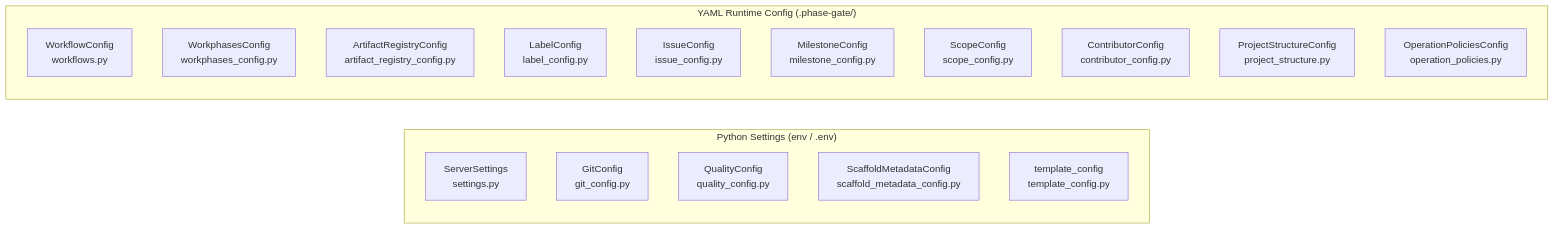
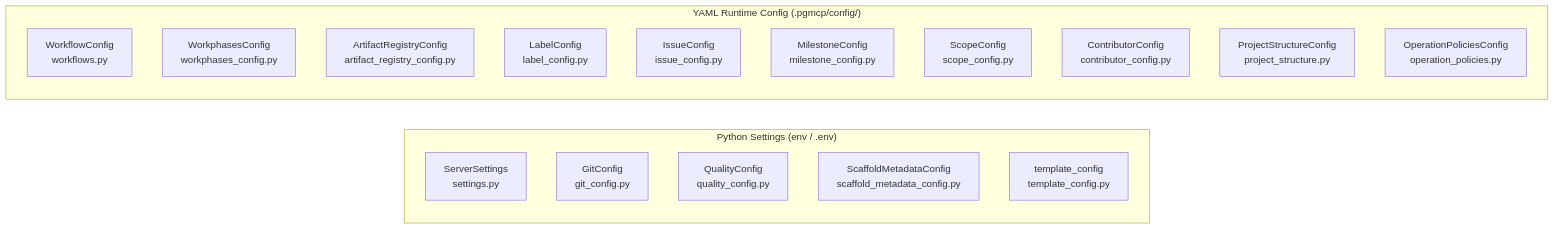
One commit to MikeyVK/phase-gate-mcp changed the diagram in docs/manuals/architectural_diagrams/10_config_consumers.md. Above: the diagram before and after it, drawn with Mermaid. The commit also changed other lines of this file and 15 other files, not shown here.

````diff
--- a/docs/manuals/architectural_diagrams/10_config_consumers.md
+++ b/docs/manuals/architectural_diagrams/10_config_consumers.md
@@ -28,23 +28,23 @@
 ```mermaid
 graph LR
     subgraph Python["Python Settings (env / .env)"]
         SS["ServerSettings<br/>settings.py"]
         GC["GitConfig<br/>git_config.py"]
         QC["QualityConfig<br/>quality_config.py"]
         SMC["ScaffoldMetadataConfig<br/>scaffold_metadata_config.py"]
         TC["template_config<br/>template_config.py"]
     end
 
-    subgraph YAML["YAML Runtime Config (.phase-gate/)"]
+    subgraph YAML["YAML Runtime Config (.pgmcp/config/)"]
         WC["WorkflowConfig<br/>workflows.py"]
         WPC["WorkphasesConfig<br/>workphases_config.py"]
         ARC["ArtifactRegistryConfig<br/>artifact_registry_config.py"]
         LC["LabelConfig<br/>label_config.py"]
         IC["IssueConfig<br/>issue_config.py"]
         MC["MilestoneConfig<br/>milestone_config.py"]
         SC["ScopeConfig<br/>scope_config.py"]
         CC["ContributorConfig<br/>contributor_config.py"]
         PSC["ProjectStructureConfig<br/>project_structure.py"]
         OPC["OperationPoliciesConfig<br/>operation_policies.py"]
     end
 ```
````
